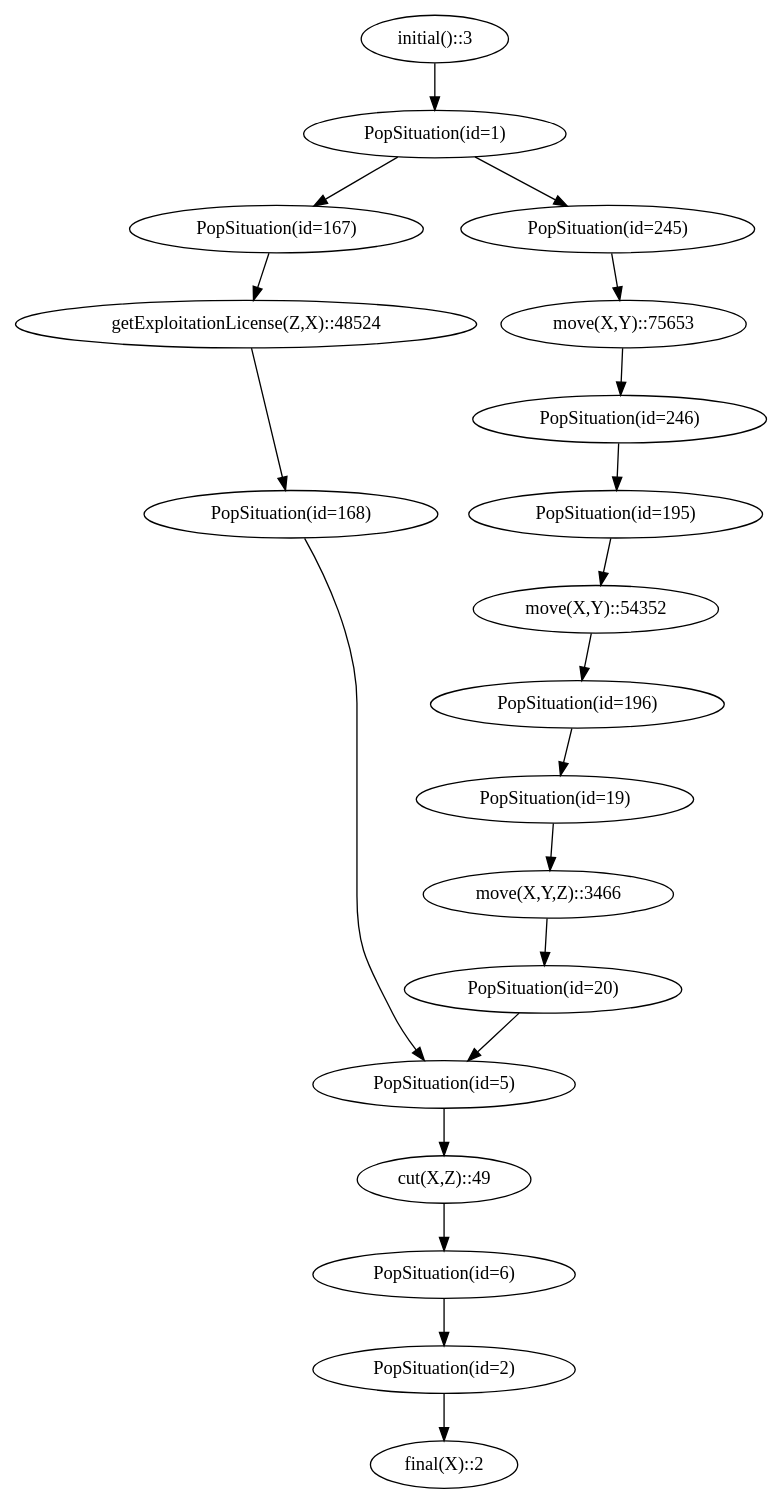
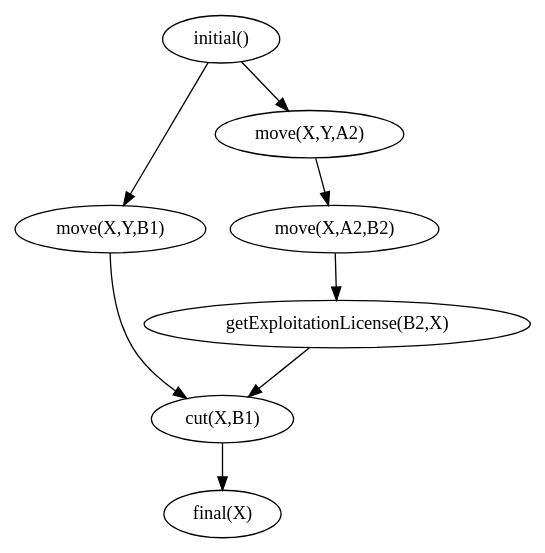
The diagram in output/simplified.png.dot (tokyramarozaka/mimosa-iriela-extension), drawn with Graphviz before and after one commit. The commit also changed 18 other files, not shown here.

Commit message:
feat: situation-less graphs for the output folder

```diff
--- a/output/simplified.png.dot
+++ b/output/simplified.png.dot
@@ -1,21 +1,9 @@
-digraph G {
-  "initial()::3" -> "PopSituation(id=1)";
-  "PopSituation(id=1)" -> "PopSituation(id=167)";
-  "PopSituation(id=1)" -> "PopSituation(id=245)";
-  "PopSituation(id=2)" -> "final(X)::2";
-  "PopSituation(id=5)" -> "cut(X,Z)::49";
-  "cut(X,Z)::49" -> "PopSituation(id=6)";
-  "PopSituation(id=6)" -> "PopSituation(id=2)";
-  "PopSituation(id=19)" -> "move(X,Y,Z)::3466";
-  "move(X,Y,Z)::3466" -> "PopSituation(id=20)";
-  "PopSituation(id=20)" -> "PopSituation(id=5)";
-  "PopSituation(id=167)" -> "getExploitationLicense(Z,X)::48524";
-  "getExploitationLicense(Z,X)::48524" -> "PopSituation(id=168)";
-  "PopSituation(id=168)" -> "PopSituation(id=5)";
-  "PopSituation(id=195)" -> "move(X,Y)::54352";
-  "move(X,Y)::54352" -> "PopSituation(id=196)";
-  "PopSituation(id=196)" -> "PopSituation(id=19)";
-  "PopSituation(id=245)" -> "move(X,Y)::75653";
-  "move(X,Y)::75653" -> "PopSituation(id=246)";
-  "PopSituation(id=246)" -> "PopSituation(id=195)";
+digraph G { 
+  "initial()" -> "move(X,Y,B1)";
+  "initial()" -> "move(X,Y,A2)";
+  "cut(X,B1)" -> "final(X)";
+  "getExploitationLicense(B2,X)" -> "cut(X,B1)";
+  "move(X,A2,B2)" -> "getExploitationLicense(B2,X)";
+  "move(X,Y,B1)" -> "cut(X,B1)";
+  "move(X,Y,A2)" -> "move(X,A2,B2)";
 }
```
